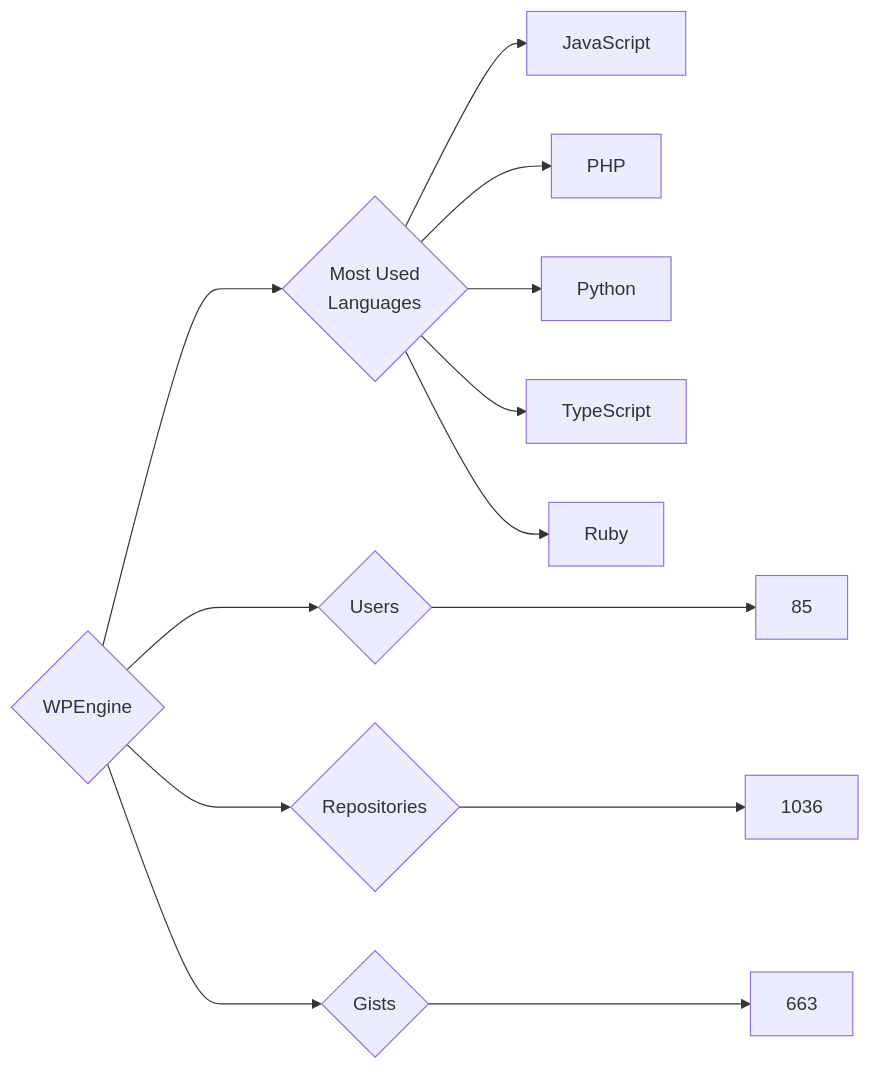
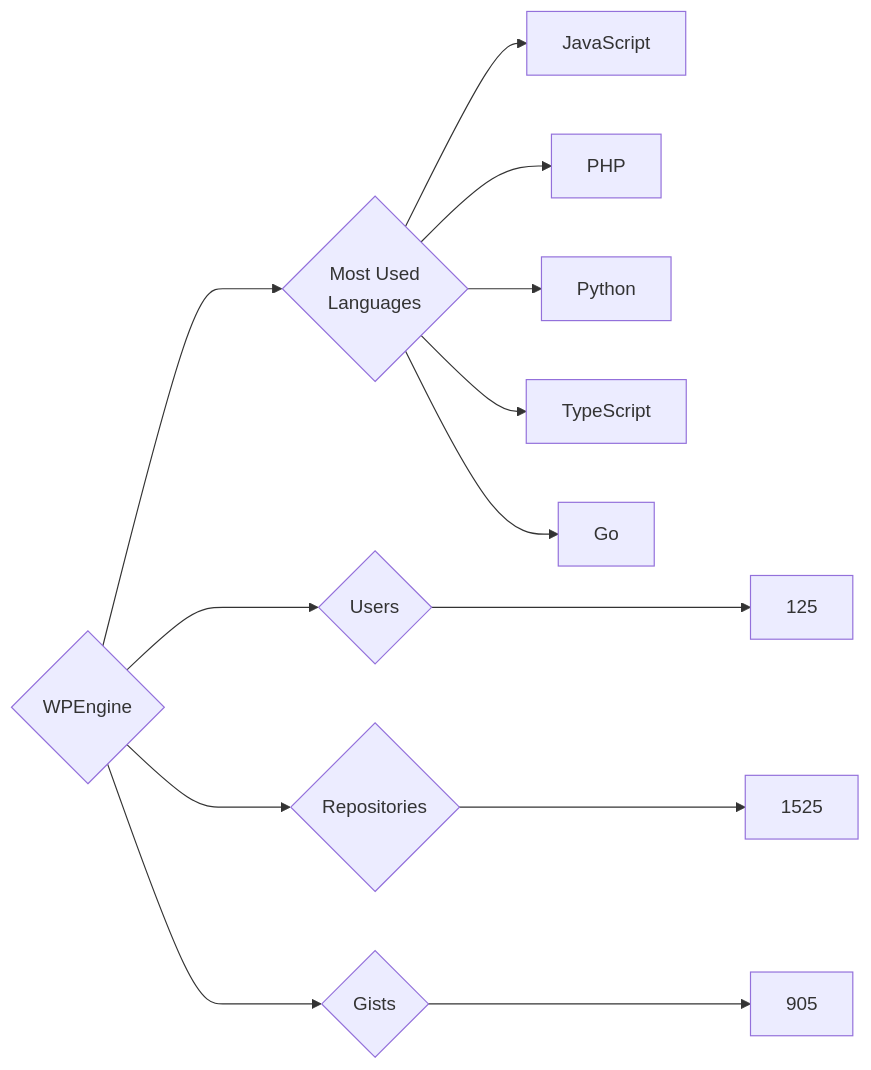
The diagram in targets/WPEngine/README.md (trickest/insiders), drawn with Mermaid before and after one commit. The commit also changed 1484 other files, not shown here.

````diff
--- a/targets/WPEngine/README.md
+++ b/targets/WPEngine/README.md
@@ -3,13 +3,13 @@
 ```mermaid
 graph LR
 COMPANY_NAME{WPEngine}
-COMPANY_NAME ---> U{Users} ---> UN[85]
-COMPANY_NAME ---> R{Repositories} ---> RN[1036]
-COMPANY_NAME ---> G{Gists} ---> GN[663]
+COMPANY_NAME ---> U{Users} ---> UN[125]
+COMPANY_NAME ---> R{Repositories} ---> RN[1525]
+COMPANY_NAME ---> G{Gists} ---> GN[905]
 COMPANY_NAME ---> ML{Most Used<br>Languages}
 ML --> JavaScript[JavaScript]
 ML --> PHP[PHP]
 ML --> Python[Python]
 ML --> TypeScript[TypeScript]
-ML --> Ruby[Ruby]
+ML --> Go[Go]
 ```
````
